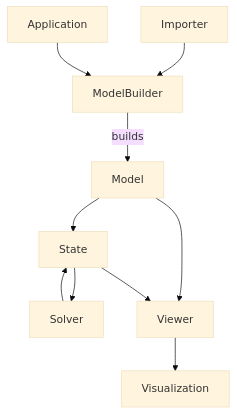
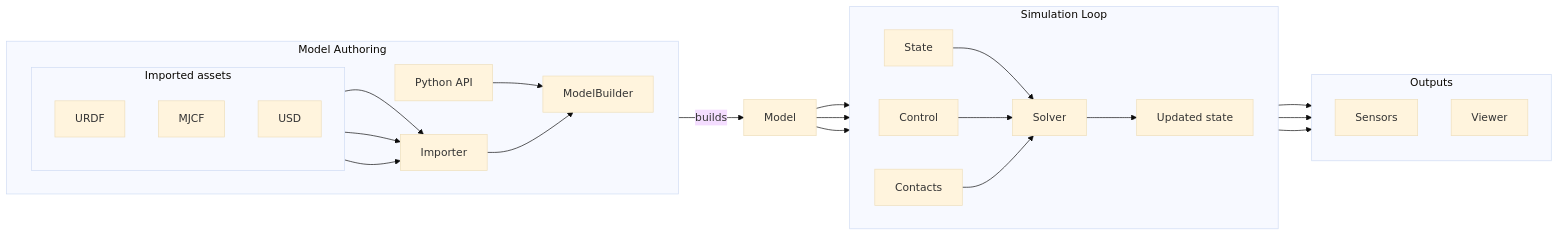
Before and after one commit to BaochaiXue/Newton: the diagram in newton/docs/guide/overview.rst, drawn with Mermaid (base theme). The commit also changed other lines of this file and 741 other files, not shown here.

```diff
--- a/newton/docs/guide/overview.rst
+++ b/newton/docs/guide/overview.rst
@@ -38,13 +42,44 @@
 .. mermaid::
    :config: {"theme": "forest", "themeVariables": {"lineColor": "#76b900"}}
 
-   graph TD
-   A[ModelBuilder] -->|builds| B[Model]
-   B --> C[State]
-   C --> D[Solver]
-   D --> C
-   B --> F[Viewer]
-   C --> F
-   G[Importer] --> A
-   I[Application] --> A
-   F --> H[Visualization]
+   flowchart LR
+       subgraph Authoring["Model Authoring"]
+           direction LR
+           P[Python API] --> A[ModelBuilder]
+
+           subgraph Imported["Imported assets"]
+               direction TB
+               U[URDF]
+               M[MJCF]
+               S[USD]
+           end
+
+           U --> G[Importer]
+           M --> G
+           S --> G
+           G --> A
+       end
+
+       B[Model]
+
+       subgraph Loop["Simulation Loop"]
+           direction LR
+           C[State] --> D[Solver]
+           J[Control] --> D
+           E[Contacts] --> D
+           D --> C2[Updated state]
+       end
+
+       subgraph Outputs["Outputs"]
+           direction TB
+           K[Sensors]
+           F[Viewer]
+       end
+
+       A -->|builds| B
+       B --> C
+       B --> J
+       B --> E
+       C2 --> K
+       E --> K
+       C2 --> F
```
